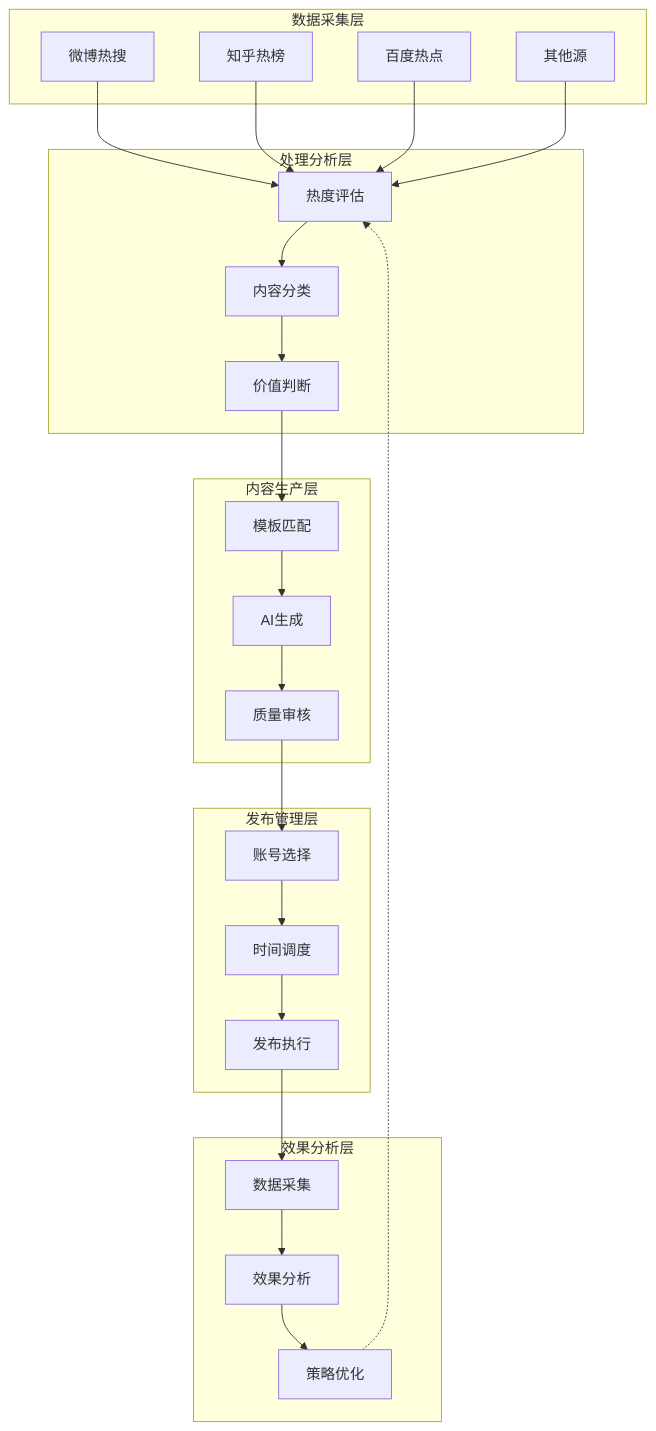
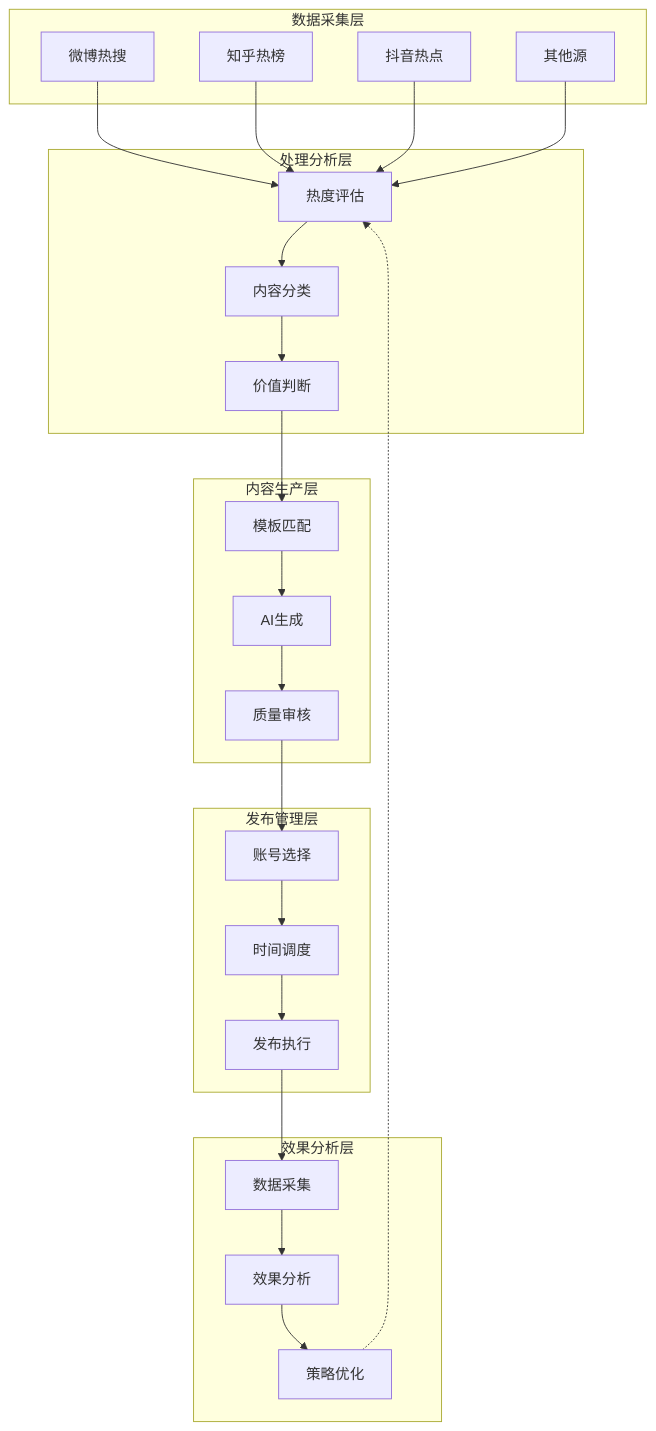
Before and after one commit to vimson999/think_ship: the first of 8 diagrams in rules/头条/00-all.md, drawn with Mermaid. The commit also changed other lines of this file and 6 other files, not shown here.

````diff
--- a/rules/头条/00-all.md
+++ b/rules/头条/00-all.md
@@ -22,50 +22,50 @@
 ```mermaid
 graph TB
     subgraph "数据采集层"
         A1[微博热搜]
         A2[知乎热榜]
-        A3[百度热点]
+        A3[抖音热点]
         A4[其他源]
     end
     
     subgraph "处理分析层"
         B1[热度评估]
         B2[内容分类]
         B3[价值判断]
     end
     
     subgraph "内容生产层"
         C1[模板匹配]
         C2[AI生成]
         C3[质量审核]
     end
     
     subgraph "发布管理层"
         D1[账号选择]
         D2[时间调度]
         D3[发布执行]
     end
     
     subgraph "效果分析层"
         E1[数据采集]
         E2[效果分析]
         E3[策略优化]
     end
     
     A1 --> B1
     A2 --> B1
     A3 --> B1
     A4 --> B1
     B1 --> B2
     B2 --> B3
     B3 --> C1
     C1 --> C2
     C2 --> C3
     C3 --> D1
     D1 --> D2
     D2 --> D3
     D3 --> E1
     E1 --> E2
     E2 --> E3
     E3 -.-> B1
 ```
````
